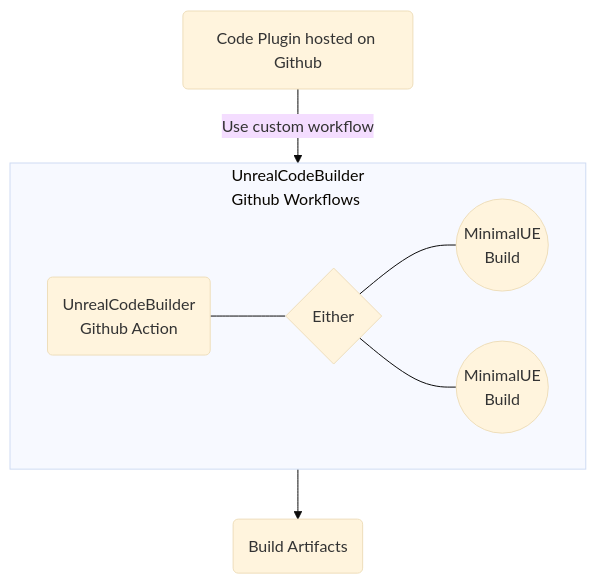
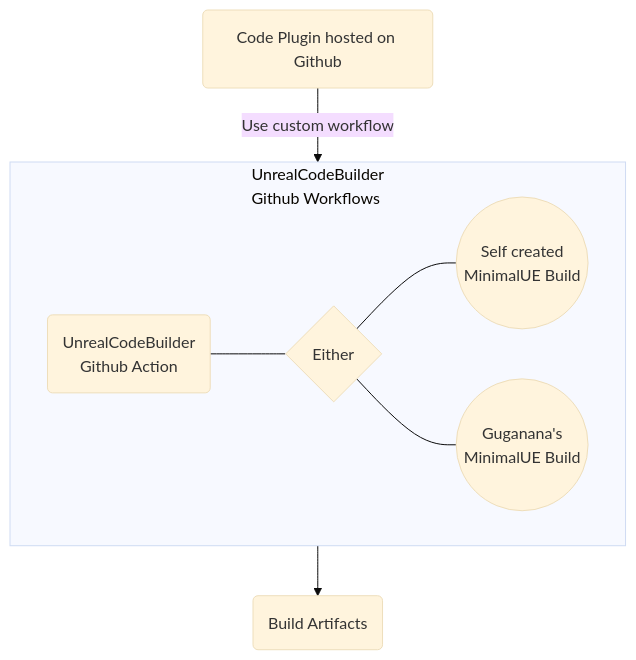
One commit to Guganana/UnrealPluginCIWithGithubActions changed the diagram in README.md. Above: the diagram before and after it, drawn with Mermaid (base theme).

````diff
--- a/README.md
+++ b/README.md
@@ -13,19 +13,19 @@
 ```mermaid
 graph TB
 A(Code Plugin hosted on Github)
 E(Build Artifacts)
 
 subgraph one["UnrealCodeBuilder<br> Github Workflows"]
     direction LR
     CA(UnrealCodeBuilder<br>Github Action)
     CB{Either}
-    DA((MinimalUE<br/>Build))
-    DB((MinimalUE<br/>Build))
+    DA((Self created<br/> MinimalUE Build))
+    DB((Guganana's<br/>MinimalUE Build))
     CA --- CB
     CB --- DA
     CB --- DB
 end
 
 A -- Use custom workflow --> one
 one --> E
 ```
````
